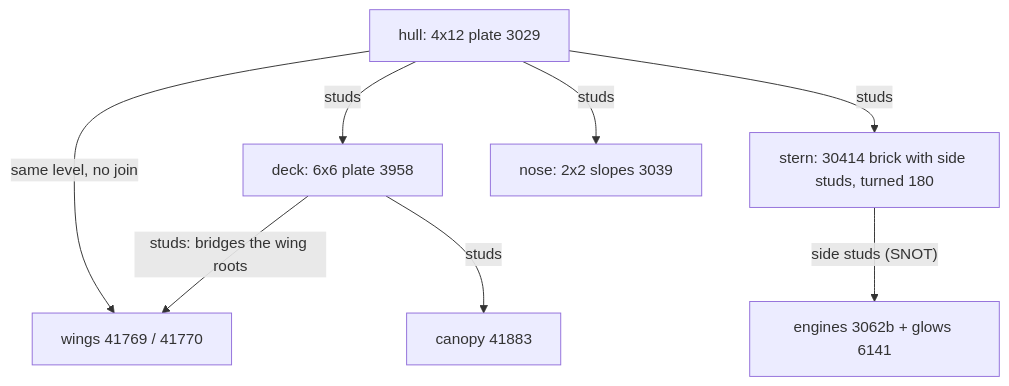
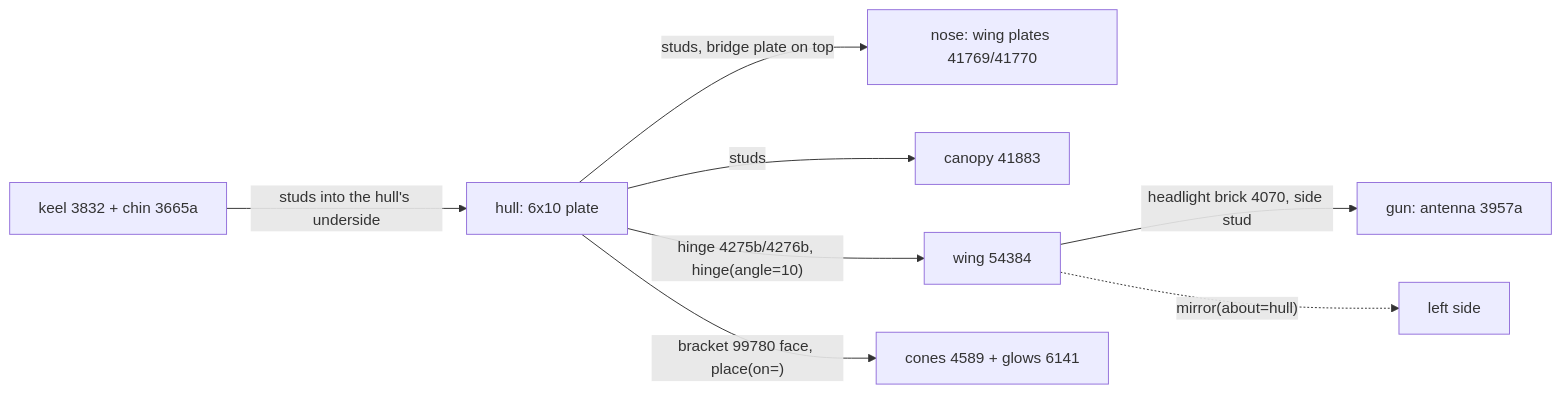
One commit to anteloc/ldraw-nova changed the diagram in docs/reference/starfighter.md. Above: the diagram before and after it, drawn with Mermaid. The commit also changed other lines of this file and 1270 other files, not shown here.

````diff
--- a/docs/reference/starfighter.md
+++ b/docs/reference/starfighter.md
@@ -7,10 +7,10 @@
 ```mermaid
-flowchart TB
-  hull["hull: 4x12 plate 3029"] -->|"same level, no join"| wings["wings 41769 / 41770"]
-  deck["deck: 6x6 plate 3958"] -->|"studs: bridges the wing roots"| wings
-  hull -->|"studs"| deck
-  deck -->|"studs"| canopy["canopy 41883"]
-  hull -->|"studs"| stern["stern: 30414 brick with side studs, turned 180"]
-  stern -->|"side studs (SNOT)"| engines["engines 3062b + glows 6141"]
-  hull -->|"studs"| nose["nose: 2x2 slopes 3039"]
+flowchart LR
+  hull["hull: 6x10 plate"] -->|"studs, bridge plate on top"| nose["nose: wing plates 41769/41770"]
+  hull -->|"studs"| canopy["canopy 41883"]
+  keel["keel 3832 + chin 3665a"] -->|"studs into the hull's underside"| hull
+  hull -->|"hinge 4275b/4276b, hinge(angle=10)"| wing["wing 54384"]
+  wing -->|"headlight brick 4070, side stud"| gun["gun: antenna 3957a"]
+  hull -->|"bracket 99780 face, place(on=)"| engines["cones 4589 + glows 6141"]
+  wing -.->|"mirror(about=hull)"| left["left side"]
 ```
````
